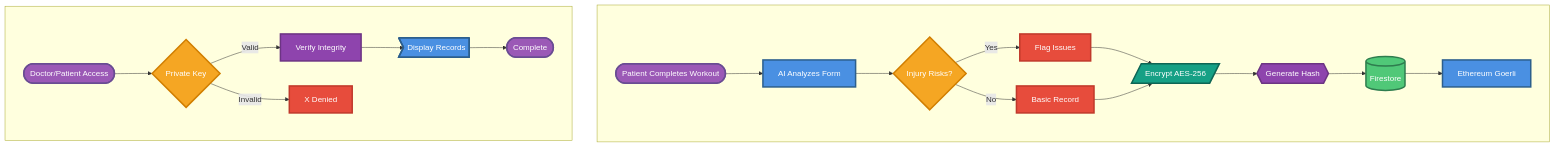
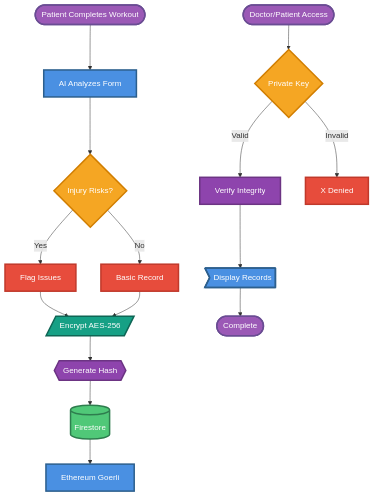
One commit to majidsafwaan2/gymguard changed the diagram in BLOCKCHAIN_FLOWCHART_WIDE.md. Above: the diagram before and after it, drawn with Mermaid.

Commit message:
Make flowchart fully vertical (TD layout)

````diff
--- a/BLOCKCHAIN_FLOWCHART_WIDE.md
+++ b/BLOCKCHAIN_FLOWCHART_WIDE.md
@@ -3,42 +3,36 @@
 ```mermaid
-flowchart TB
-    subgraph Top[" "]
-        direction LR
-        Start([Patient Completes Workout]) --> AI[AI Analyzes Form]
-        AI --> Risk{Injury Risks?}
-        Risk -->|Yes| FlagRisks[Flag Issues]
-        Risk -->|No| Basic[Basic Record]
-        FlagRisks --> Encrypt[/Encrypt AES-256/]
-        Basic --> Encrypt
-        Encrypt --> Hash{{Generate Hash}}
-        Hash --> Store[(Firestore)]
-        Store --> BC[Ethereum Goerli]
-    end
+flowchart TD
+    Start([Patient Completes Workout]) --> AI[AI Analyzes Form]
+    AI --> Risk{Injury Risks?}
+    Risk -->|Yes| FlagRisks[Flag Issues]
+    Risk -->|No| Basic[Basic Record]
+    FlagRisks --> Encrypt[/Encrypt AES-256/]
+    Basic --> Encrypt
+    Encrypt --> Hash{{Generate Hash}}
+    Hash --> Store[(Firestore)]
+    Store --> BC[Ethereum Goerli]
     
-    subgraph Bottom[" "]
-        direction LR
-        AccessStart([Doctor/Patient Access]) --> Auth{Private Key}
-        Auth -->|Valid| Verify[Verify Integrity]
-        Auth -->|Invalid| Deny[X Denied]
-        Verify --> Display>Display Records]
-        Display --> End([Complete])
-    end
+    AccessStart([Doctor/Patient Access]) --> Auth{Private Key}
+    Auth -->|Valid| Verify[Verify Integrity]
+    Auth -->|Invalid| Deny[X Denied]
+    Verify --> Display>Display Records]
+    Display --> End([Complete])
     
     %% Styling with varied colors
     classDef main fill:#4A90E2,stroke:#2C5F8D,stroke-width:3px,color:#fff
     classDef decision fill:#F5A623,stroke:#D17E00,stroke-width:3px,color:#fff
     classDef store fill:#50C878,stroke:#2E7D4E,stroke-width:3px,color:#fff
     classDef start fill:#9B59B6,stroke:#6A4C93,stroke-width:3px,color:#fff
     classDef highlight fill:#E74C3C,stroke:#C0392B,stroke-width:3px,color:#fff
     classDef process fill:#16A085,stroke:#0E6655,stroke-width:3px,color:#fff
     classDef verify fill:#8E44AD,stroke:#6C3483,stroke-width:3px,color:#fff
     
     class AI,BC,Display main
     class Risk,Auth decision
     class Store store
     class Start,AccessStart,End start
     class FlagRisks,Basic highlight
     class Encrypt process
     class Hash,Verify verify
     class Deny highlight
 ```
````
